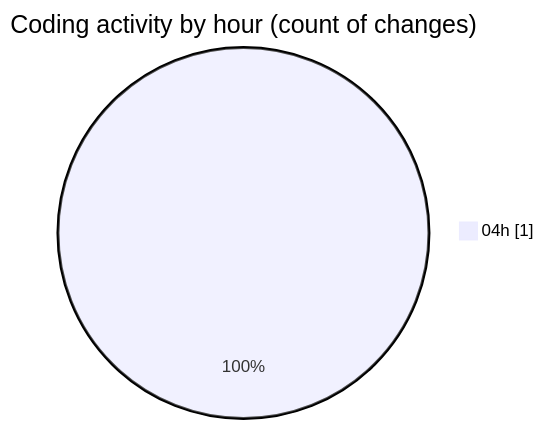
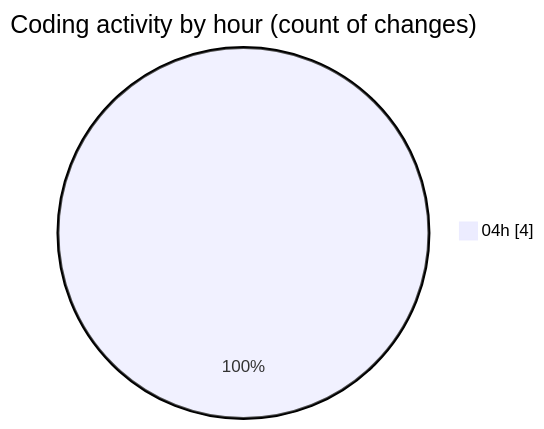
One commit to jadenblack/code-tracking changed the second of 2 diagrams in 2026-02-25/_monorepo-template__workspace_/README.md. Above: the diagram before and after it, drawn with Mermaid. The commit also changed other lines of this file and 1 other file, not shown here.

````diff
--- a/2026-02-25/_monorepo-template__workspace_/README.md
+++ b/2026-02-25/_monorepo-template__workspace_/README.md
@@ -28,5 +31,5 @@
 ```mermaid
 pie showData
 title Coding activity by hour (count of changes)
-"04h" : 1
+"04h" : 4
 ```
````
